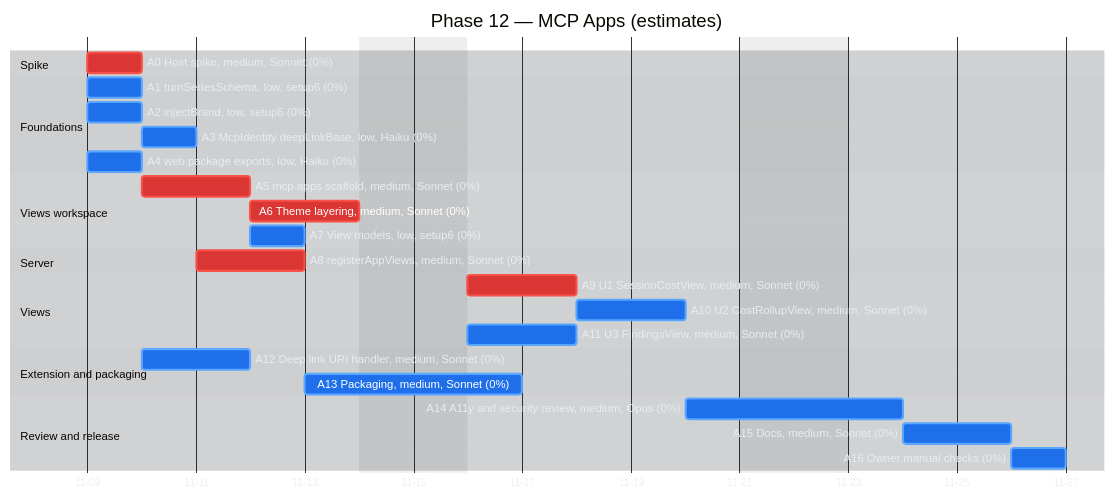
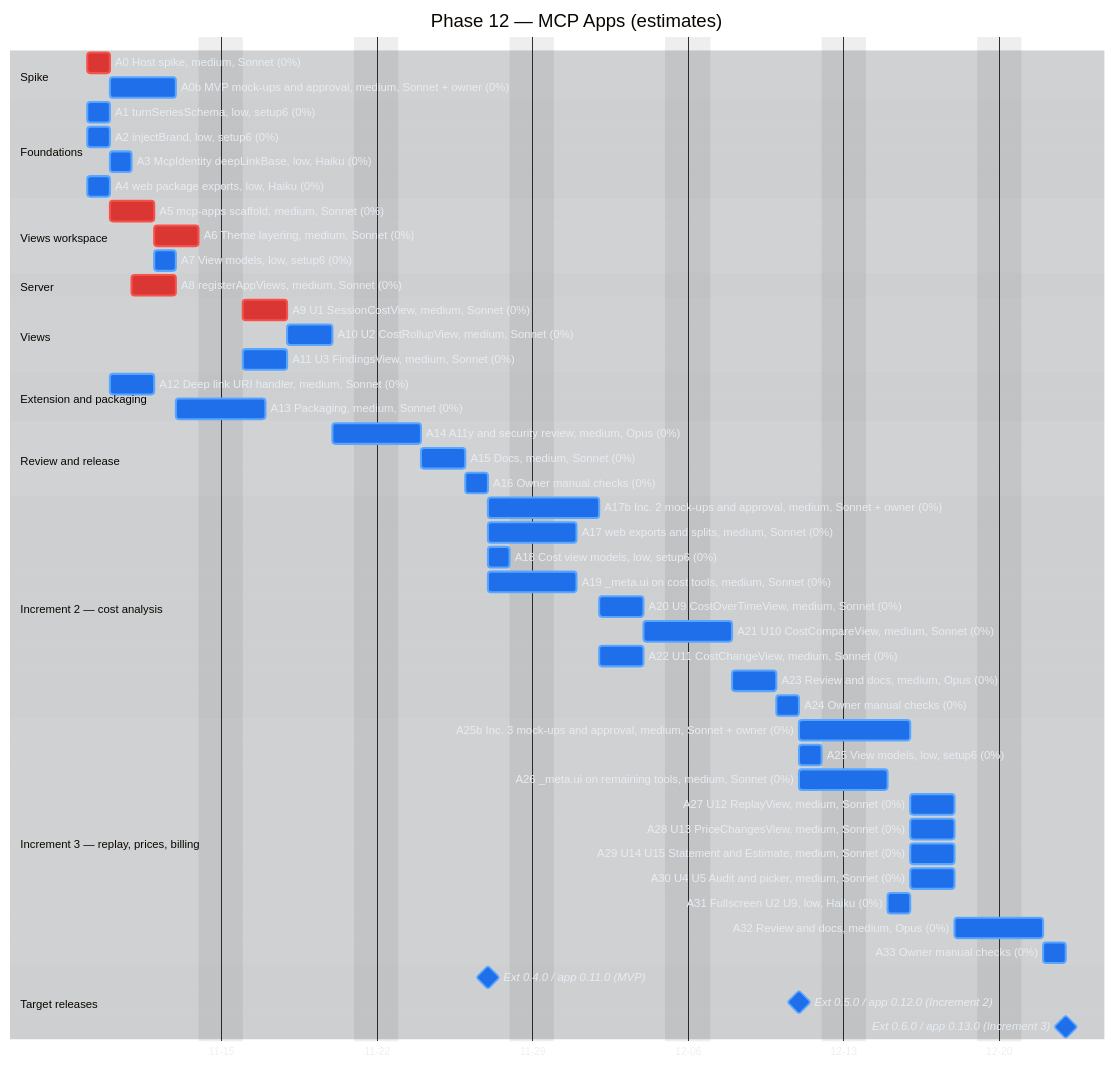
The second of 3 diagrams in docs/implementation-plan-gantt.md (raulkivi/agent-cost-analyzer), drawn with Mermaid before and after one commit. The commit also changed other lines of this file and 2 other files, not shown here.

First paragraph of the commit message:
docs: Phase 12 MCP Apps plan covers the Phase 14 and 15 tools, with mock-ups and target releases (#175)
* Step 15.13: toolGroups option and the extension's MCP services (D19)

````diff
--- a/docs/implementation-plan-gantt.md
+++ b/docs/implementation-plan-gantt.md
@@ -145,6 +148,7 @@
 
     section Spike
     A0 Host spike, medium, Sonnet (0%)           :crit, a0, 2026-11-09, 1d
+    A0b MVP mock-ups and approval, medium, Sonnet + owner (0%) :a0b, after a0, 3d
 
     section Foundations
     A1 turnSeriesSchema, low, setup6 (0%)        :a1, 2026-11-09, 1d
@@ -161,9 +165,9 @@
     A8 registerAppViews, medium, Sonnet (0%)     :crit, a8, after a1 a2 a3, 2d
 
     section Views
-    A9 U1 SessionCostView, medium, Sonnet (0%)   :crit, a9, after a6 a7 a8, 2d
+    A9 U1 SessionCostView, medium, Sonnet (0%)   :crit, a9, after a0b a6 a7 a8, 2d
     A10 U2 CostRollupView, medium, Sonnet (0%)   :a10, after a9, 2d
-    A11 U3 FindingsView, medium, Sonnet (0%)     :a11, after a6 a7 a8, 2d
+    A11 U3 FindingsView, medium, Sonnet (0%)     :a11, after a0b a6 a7 a8, 2d
 
     section Extension and packaging
     A12 Deep link URI handler, medium, Sonnet (0%) :a12, after a0, 2d
@@ -173,4 +177,32 @@
     A14 A11y and security review, medium, Opus (0%) :a14, after a9 a10 a11, 2d
     A15 Docs, medium, Sonnet (0%)                :a15, after a13 a14, 2d
     A16 Owner manual checks (0%)                 :a16, after a15, 1d
+
+    section Increment 2 — cost analysis
+    A17b Inc. 2 mock-ups and approval, medium, Sonnet + owner (0%) :a17b, after a16, 3d
+    A17 web exports and splits, medium, Sonnet (0%) :a17, after a16, 2d
+    A18 Cost view models, low, setup6 (0%)       :a18, after a16, 1d
+    A19 _meta.ui on cost tools, medium, Sonnet (0%) :a19, after a16, 2d
+    A20 U9 CostOverTimeView, medium, Sonnet (0%) :a20, after a17 a17b a18 a19, 2d
+    A21 U10 CostCompareView, medium, Sonnet (0%) :a21, after a20, 2d
+    A22 U11 CostChangeView, medium, Sonnet (0%)  :a22, after a17 a17b a18 a19, 2d
+    A23 Review and docs, medium, Opus (0%)       :a23, after a21 a22, 2d
+    A24 Owner manual checks (0%)                 :a24, after a23, 1d
+
+    section Increment 3 — replay, prices, billing
+    A25b Inc. 3 mock-ups and approval, medium, Sonnet + owner (0%) :a25b, after a24, 3d
+    A25 View models, low, setup6 (0%)            :a25, after a24, 1d
+    A26 _meta.ui on remaining tools, medium, Sonnet (0%) :a26, after a24, 2d
+    A27 U12 ReplayView, medium, Sonnet (0%)      :a27, after a25 a25b a26, 2d
+    A28 U13 PriceChangesView, medium, Sonnet (0%) :a28, after a25 a25b a26, 2d
+    A29 U14 U15 Statement and Estimate, medium, Sonnet (0%) :a29, after a25 a25b a26, 2d
+    A30 U4 U5 Audit and picker, medium, Sonnet (0%) :a30, after a25b a26, 2d
+    A31 Fullscreen U2 U9, low, Haiku (0%)        :a31, after a26, 1d
+    A32 Review and docs, medium, Opus (0%)       :a32, after a27 a28 a29 a30 a31, 2d
+    A33 Owner manual checks (0%)                 :a33, after a32, 1d
+
+    section Target releases
+    Ext 0.4.0 / app 0.11.0 (MVP) :milestone, m12a, after a16, 0d
+    Ext 0.5.0 / app 0.12.0 (Increment 2) :milestone, m12b, after a24, 0d
+    Ext 0.6.0 / app 0.13.0 (Increment 3) :milestone, m12c, after a33, 0d
 ```
````
